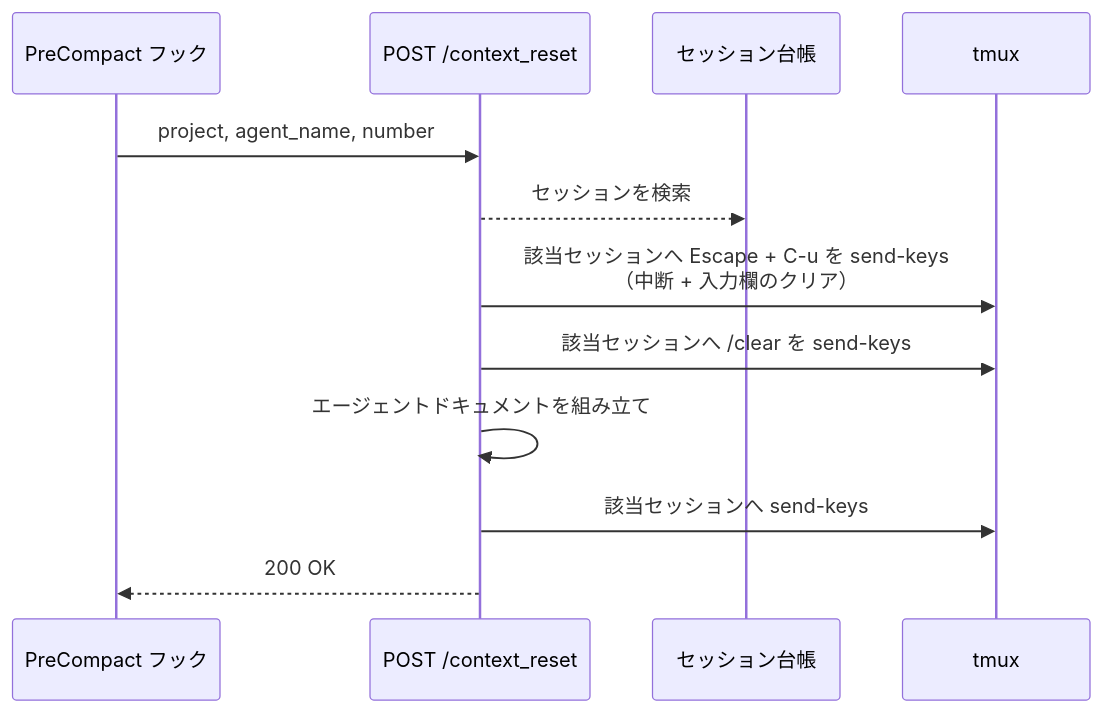
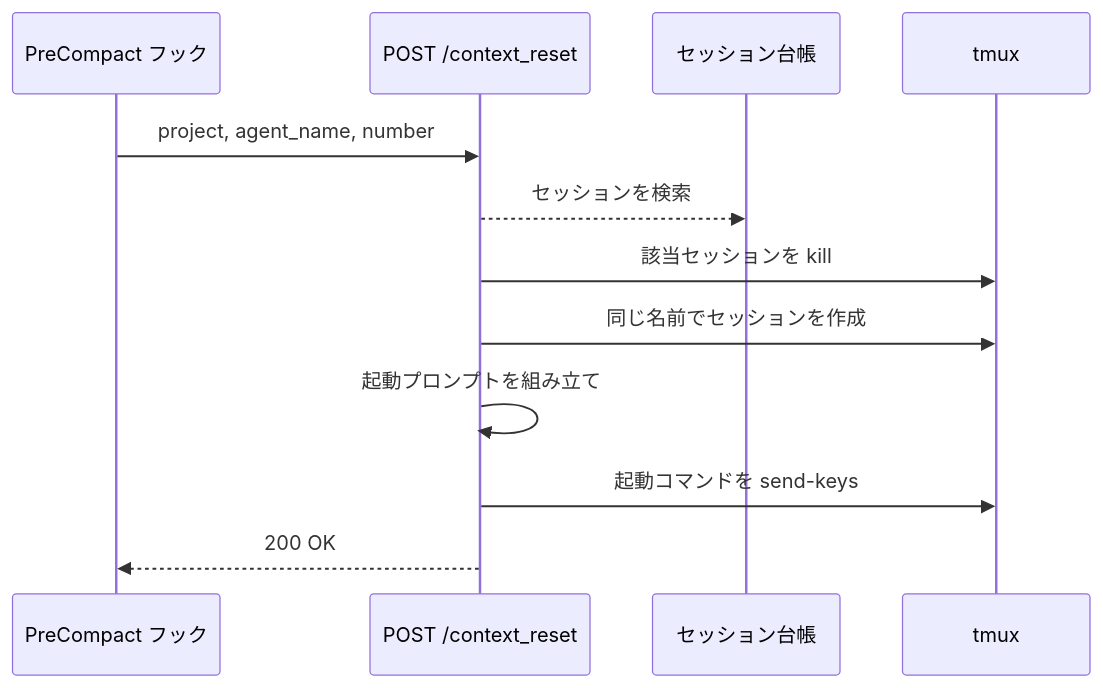
The first of 2 diagrams in docs/wiki/設計図/バックエンド結合/コンテキストリセット.py.md (shuhei1101/ai-monitor), drawn with Mermaid before and after one commit. The commit also changed other lines of this file and 28 other files, not shown here.

````diff
--- a/docs/wiki/設計図/バックエンド結合/コンテキストリセット.py.md
+++ b/docs/wiki/設計図/バックエンド結合/コンテキストリセット.py.md
@@ -86,15 +86,15 @@
 ```mermaid
 sequenceDiagram
   participant H as PreCompact フック
   participant IF as POST /context_reset
   participant REG as セッション台帳
   participant TMUX as tmux
 
   H->>IF: project, agent_name, number
   IF-->>REG: セッションを検索
-  IF->>TMUX: 該当セッションへ Escape + C-u を send-keys<br>（中断 + 入力欄のクリア）
-  IF->>TMUX: 該当セッションへ /clear を send-keys
-  IF->>IF: エージェントドキュメントを組み立て
-  IF->>TMUX: 該当セッションへ send-keys
+  IF->>TMUX: 該当セッションを kill
+  IF->>TMUX: 同じ名前でセッションを作成
+  IF->>IF: 起動プロンプトを組み立て
+  IF->>TMUX: 起動コマンドを send-keys
   IF-->>H: 200 OK
 ```
````
